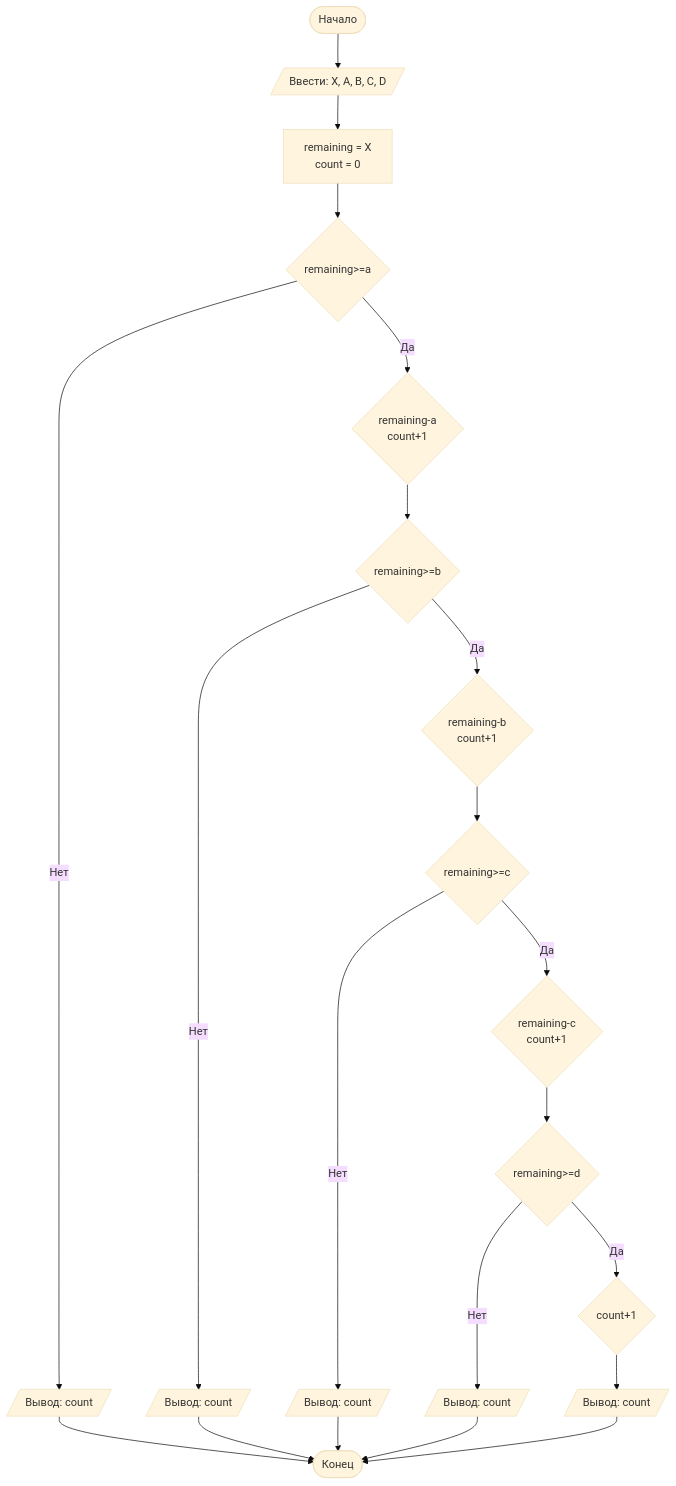
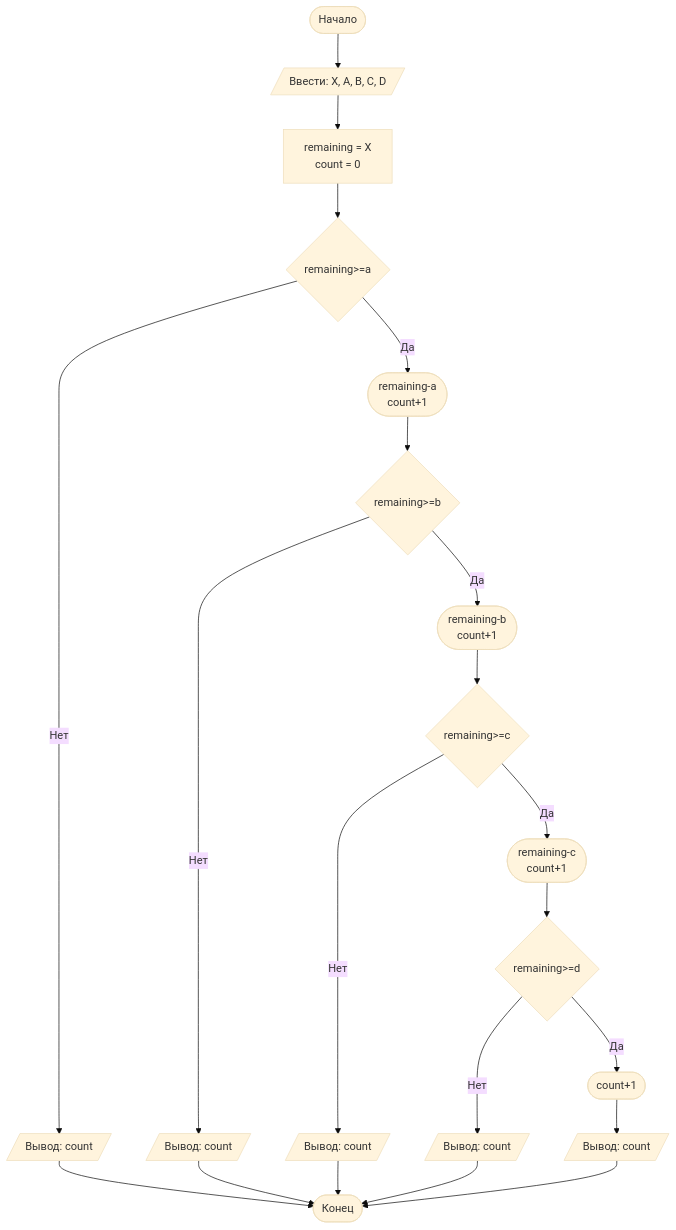
One commit to polinkreznichenk/lab1 changed the diagram in README.md. Above: the diagram before and after it, drawn with Mermaid (base theme).

Commit message:
Fix formatting issues in flowchart representation

````diff
--- a/README.md
+++ b/README.md
@@ -145,23 +145,23 @@
 ```mermaid
 graph TD
     A([Начало]) --> B[/Ввести: X, A, B, C, D/]
     B --> P["remaining = X<br/>count = 0"]
     P --> C{remaining>=a}
     C -- Нет --> O[/Вывод: count/]
     O --> U([Конец])
-    C -- Да --> D{"remaining-a<br/>count+1"}
+    C -- Да --> D(["remaining-a<br/>count+1"])
     D --> E{remaining>=b}
     E -- Нет --> F[/Вывод: count/]
     F --> U([Конец])
-    E -- Да --> G{"remaining-b<br/>count+1"}
+    E -- Да --> G(["remaining-b<br/>count+1"])
     G --> H{remaining>=c}
     H -- Нет --> J[/Вывод: count/]
     J --> U([Конец])
-    H -- Да --> K{"remaining-c<br/>count+1"}
+    H -- Да --> K(["remaining-c<br/>count+1"])
     K --> L{remaining>=d}
     L -- Нет --> Z[/Вывод: count/]
     Z --> U([Конец])
-    L -- Да --> X{"count+1"}
+    L -- Да --> X(["count+1"])
     X --> T[/Вывод: count/]
     T --> U([Конец])
 ```
````
